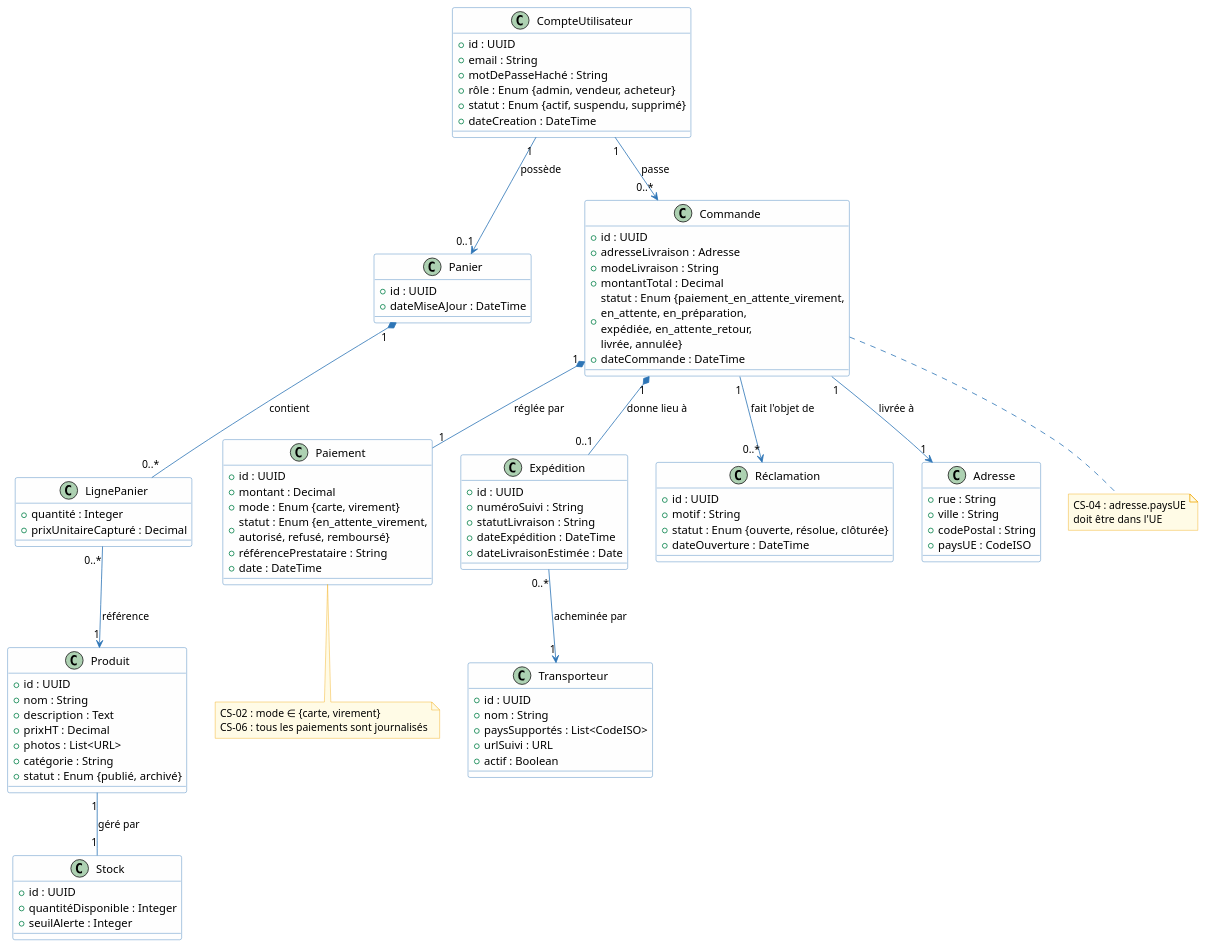
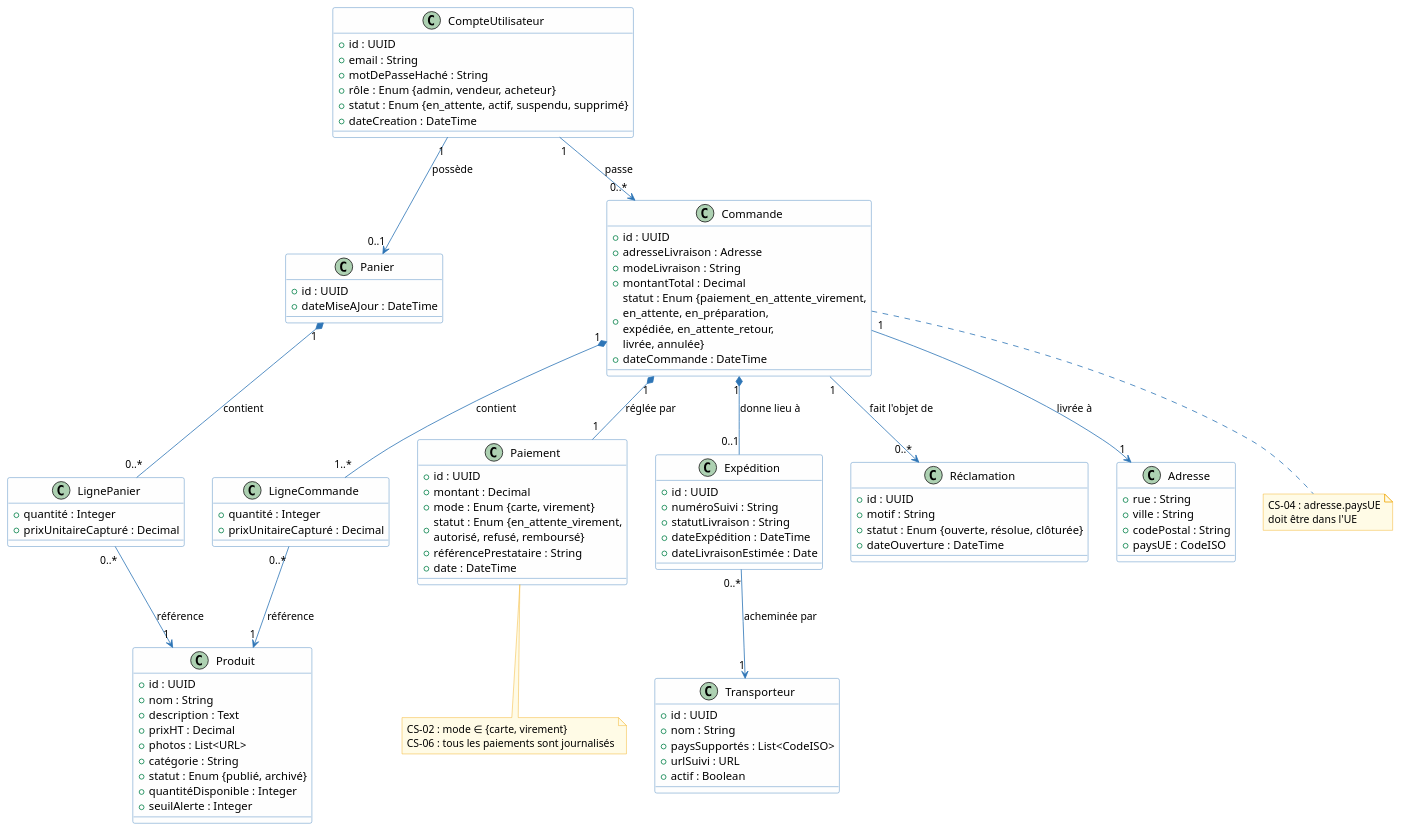
The fourth of 5 diagrams in architecture/02-system-analysis/sa.adoc (louistalvande/online_shop), drawn with PlantUML before and after one commit. The commit also changed other lines of this file and 5 other files, not shown here.

```diff
--- a/architecture/02-system-analysis/sa.adoc
+++ b/architecture/02-system-analysis/sa.adoc
@@ -1062,7 +1064,7 @@
   + email : String
   + motDePasseHaché : String
   + rôle : Enum {admin, vendeur, acheteur}
-  + statut : Enum {actif, suspendu, supprimé}
+  + statut : Enum {en_attente, actif, suspendu, supprimé}
   + dateCreation : DateTime
 }
 
@@ -1074,10 +1076,6 @@
   + photos : List<URL>
   + catégorie : String
   + statut : Enum {publié, archivé}
-}
-
-class Stock {
-  + id : UUID
   + quantitéDisponible : Integer
   + seuilAlerte : Integer
 }
@@ -1088,6 +1086,11 @@
 }
 
 class LignePanier {
+  + quantité : Integer
+  + prixUnitaireCapturé : Decimal
+}
+
+class LigneCommande {
   + quantité : Integer
   + prixUnitaireCapturé : Decimal
 }
@@ -1144,7 +1147,8 @@
 CompteUtilisateur "1" --> "0..*" Commande : passe
 Panier "1" *-- "0..*" LignePanier : contient
 LignePanier "0..*" --> "1" Produit : référence
-Produit "1" -- "1" Stock : géré par
+Commande "1" *-- "1..*" LigneCommande : contient
+LigneCommande "0..*" --> "1" Produit : référence
 Commande "1" *-- "1" Paiement : réglée par
 Commande "1" *-- "0..1" Expédition : donne lieu à
 Commande "1" --> "0..*" Réclamation : fait l'objet de
```
